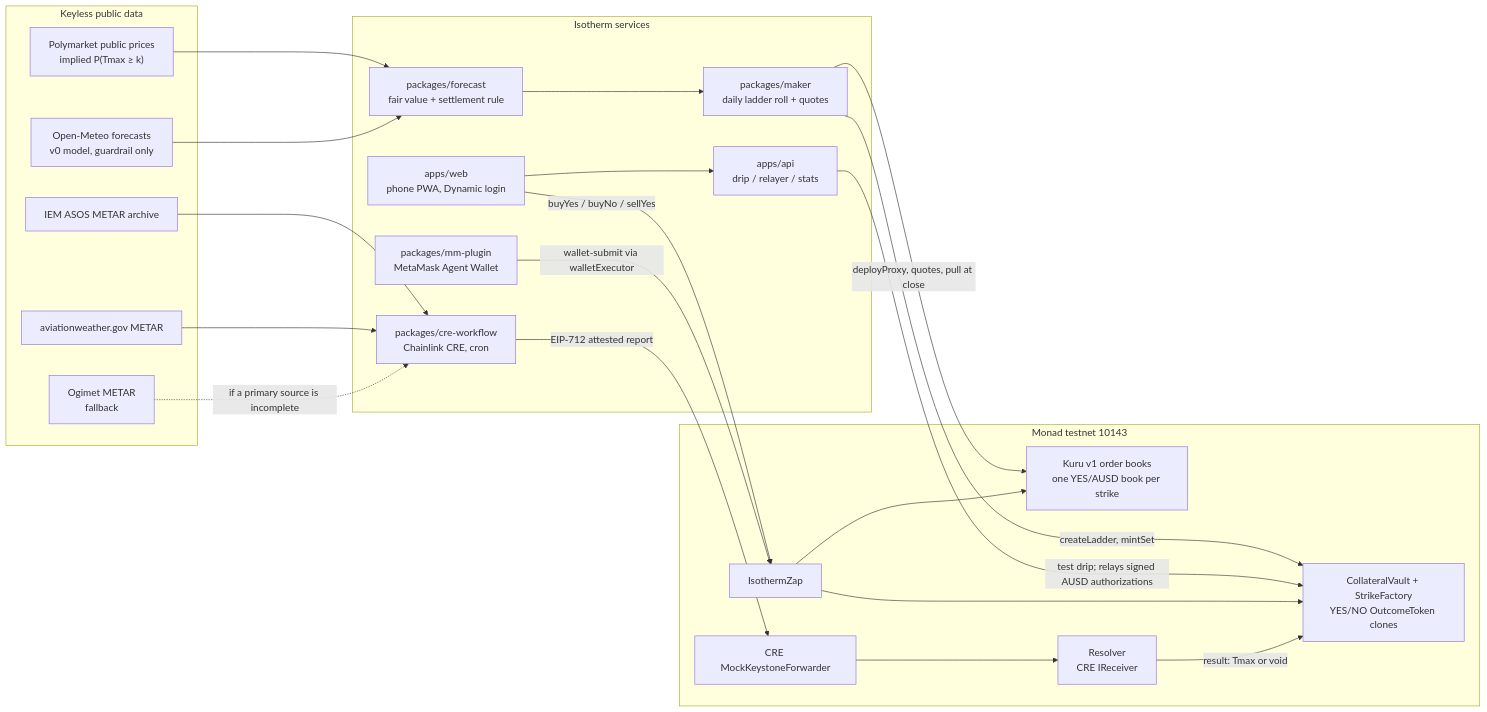
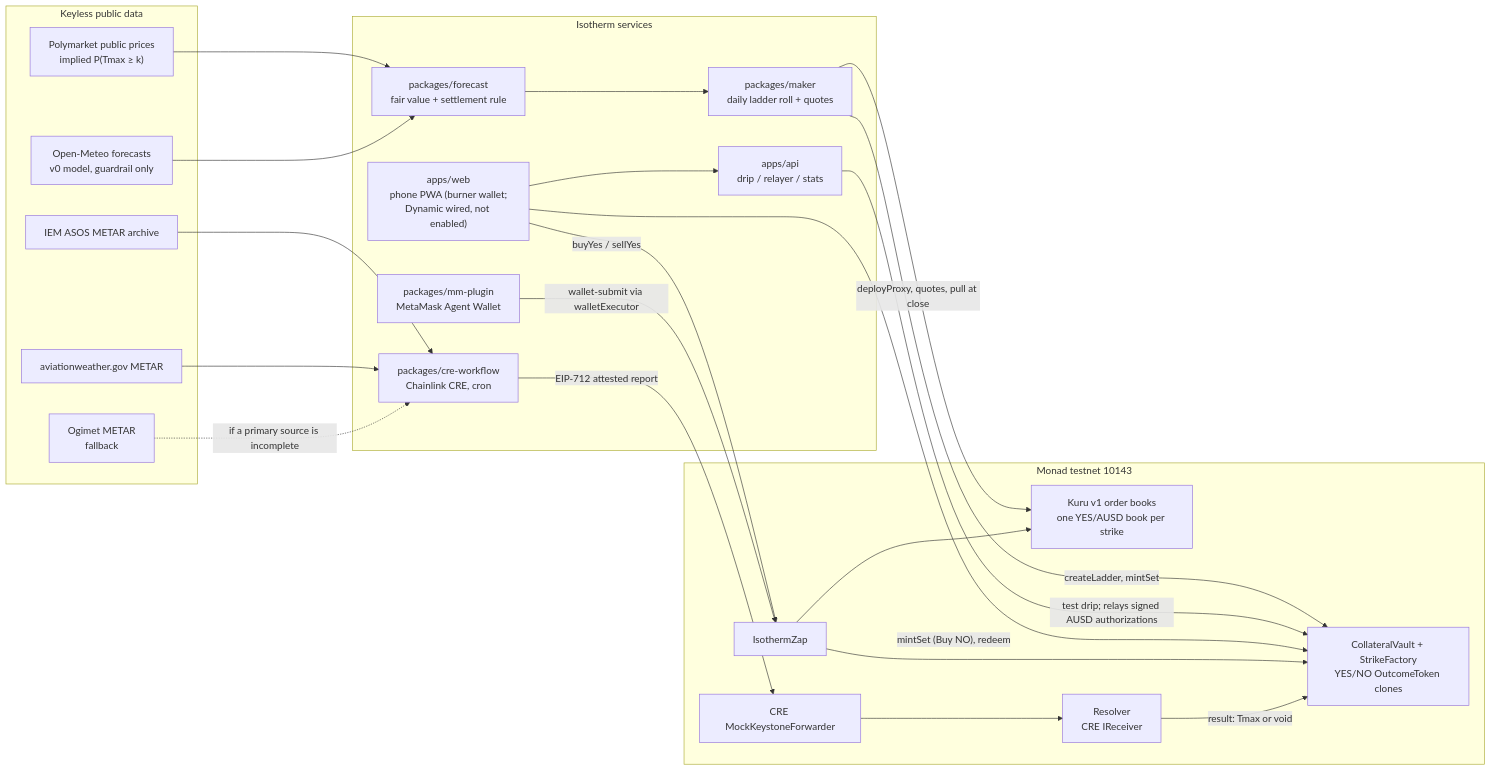
One commit to tedinroc/isotherm changed the diagram in README.md. Above: the diagram before and after it, drawn with Mermaid. The commit also changed other lines of this file and 252 other files, not shown here.

Commit message:
Fix round: hardened API live (caps, limits, authorization-only relays), Buy NO via mintSet+sellYes in web and mm plugin, CRE settle + challenge-watch launchd jobs, docs/logo

````diff
--- a/README.md
+++ b/README.md
@@ -24,42 +33,43 @@
 ```mermaid
 flowchart LR
   subgraph DATA["Keyless public data"]
     PM["Polymarket public prices<br/>implied P(Tmax ≥ k)"]
     OM["Open-Meteo forecasts<br/>v0 model, guardrail only"]
     IEM["IEM ASOS METAR archive"]
     AWC["aviationweather.gov METAR"]
     OG["Ogimet METAR<br/>fallback"]
   end
   subgraph SVC["Isotherm services"]
     FC["packages/forecast<br/>fair value + settlement rule"]
     MK["packages/maker<br/>daily ladder roll + quotes"]
-    WEB["apps/web<br/>phone PWA, Dynamic login"]
+    WEB["apps/web<br/>phone PWA (burner wallet;<br/>Dynamic wired, not enabled)"]
     API["apps/api<br/>drip / relayer / stats"]
     MMP["packages/mm-plugin<br/>MetaMask Agent Wallet"]
     CRE["packages/cre-workflow<br/>Chainlink CRE, cron"]
   end
   subgraph CHAIN["Monad testnet 10143"]
     VAULT["CollateralVault + StrikeFactory<br/>YES/NO OutcomeToken clones"]
     ZAP["IsothermZap"]
     KURU["Kuru v1 order books<br/>one YES/AUSD book per strike"]
     FWD["CRE MockKeystoneForwarder"]
     RES["Resolver<br/>CRE IReceiver"]
   end
   PM --> FC
   OM --> FC
   FC --> MK
   MK -->|"createLadder, mintSet"| VAULT
   MK -->|"deployProxy, quotes, pull at close"| KURU
   WEB --> API
   API -->|"test drip; relays signed AUSD authorizations"| VAULT
-  WEB -->|"buyYes / buyNo / sellYes"| ZAP
+  WEB -->|"buyYes / sellYes"| ZAP
+  WEB -->|"mintSet (Buy NO), redeem"| VAULT
   MMP -->|"wallet-submit via walletExecutor"| ZAP
   ZAP --> KURU
   ZAP --> VAULT
   IEM --> CRE
   AWC --> CRE
   OG -.->|"if a primary source is incomplete"| CRE
   CRE -->|"EIP-712 attested report"| FWD
   FWD --> RES
   RES -->|"result: Tmax or void"| VAULT
 ```
````
